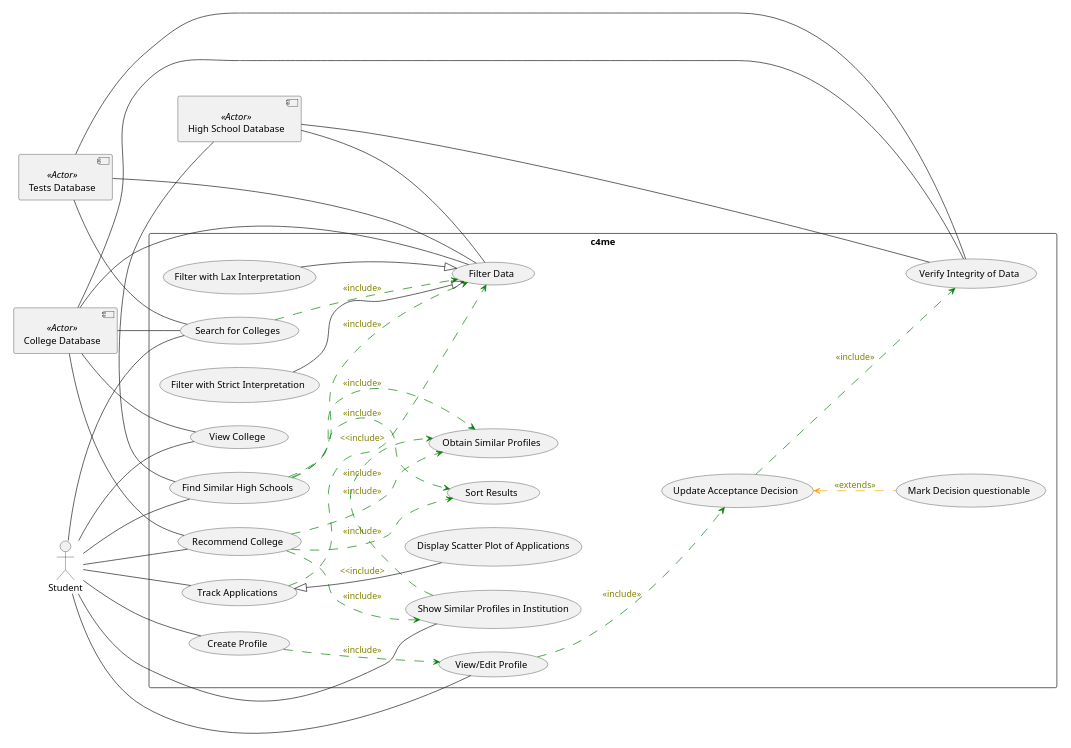
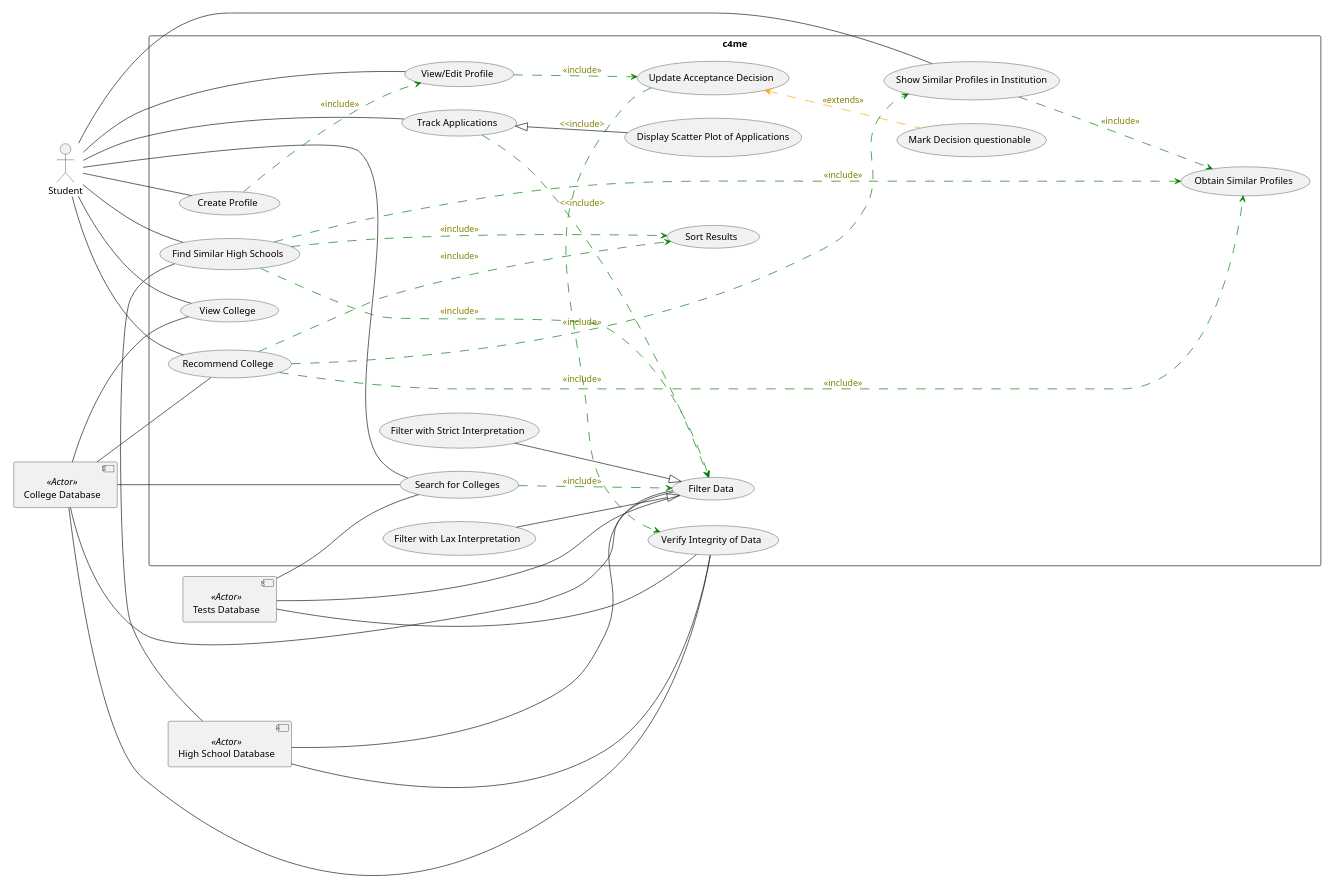
One commit to Omarfos/CSE416 changed the diagram in design/c4me.wsd. Above: the diagram before and after it, drawn with PlantUML. The commit also changed 51 other files, not shown here.

```diff
--- a/design/c4me.wsd
+++ b/design/c4me.wsd
@@ -1,129 +1,129 @@
 @startuml
 scale 0.5
 left to right direction
 
 ' Actors
 actor Student
 ' actor Admin
 ' Not sure about these external actors, I think they're going to be internal
 component "Tests Database" <<Actor>> as tdb
 component "High School Database" <<Actor>> as hsdb
 component "College Database" <<Actor>> as cdb
 
 
 skinparam ArrowFontColor Olive
 
 rectangle c4me {
     ' Use cases for Student
     (Create Profile) as UC1
     (View/Edit Profile) as UC2
     (Update Acceptance Decision) as UC3
     (Verify Integrity of Data) as UC4
     (Filter Data) as UC5
     (Filter with Strict Interpretation) as UC6
     (Filter with Lax Interpretation) as UC7
     (Sort Results) as UC8
     (View College) as UC9
     (Search for Colleges) as UC10
     (Recommend College) as UC11
     (Show Similar Profiles in Institution) as UC12
     (Obtain Similar Profiles) as UC13
     (Find Similar High Schools) as UC14
     (Track Applications) as UC15
     (Display Scatter Plot of Applications) as UC16
     (Mark Decision questionable) as UC17
 
     ' Student Relationships
     Student -- UC1
     Student -- UC2
     Student -- UC9
     Student -- UC10
     Student -- UC11
     Student -- UC12
     Student -- UC14
     Student -- UC15
 
      'Generalizations 
     UC1 .[#green].> UC2 : <<include>>
     UC2 .[#green].> UC3 : <<include>>
     ' UC2 ..[#green]> UC4 : <<include>>
     UC3 <.[#Orange]. UC17 : <<extends>>
     UC10 .[#green].> UC5 : <<include>>
-    UC3 .[#green].> UC4 : <<include>>
+    UC3 .[#green]> UC4 : <<include>>
     ' UC10 ..[#green]> UC8 : <<include>>
-    UC11 ..[#green]> UC12 : <<include>>
-    UC11 .[#green]> UC13 : <<include>>
-    UC11 ..[#green]> UC8 : <<include>>
-    UC12    .[#green]> UC13 : <<include>>
-    UC14 ..[#green]> UC13 : <<include>>
-    UC14 ..[#green]> UC5 : <<include>>
-    UC14 ..[#green]> UC8 : <<include>>
+    UC11 ....[#green]> UC12 : <<include>>
+    UC11 ...[#green]> UC13 : <<include>>
+    UC11 ...[#green]> UC8 : <<include>>
+    UC12 ...[#green]> UC13 : <<include>>
+    UC14 ...[#green]> UC13 : <<include>>
+    UC14 ...[#green]> UC5 : <<include>>
+    UC14 ...[#green]> UC8 : <<include>>
     UC15 <|-- UC16 : <<include>
     UC15 ..[#green]> UC5 : <<include>
 
     
     UC6 --|> UC5 
     UC7 --|> UC5
     
     cdb  -- UC4
     tdb  -- UC4
     hsdb -- UC4
     cdb  -- UC5
     tdb  -- UC5
     tdb -- UC10
     hsdb -- UC5
 
     cdb -- UC9
     cdb -- UC11
     cdb -- UC10
 
     hsdb - UC14
 
 
 
 
     ' Use cases for Admin
     ' (Scrape college rankings) as UCA1
     ' (Import College Scorecard data file) as UCA2
     ' (Scrape CollegeData.com) as UCA3
     ' (Delete all student profiles) as UCA4
     ' (Import student profile dataset) as UCA5
     ' (Review questionable acceptance decisions) as UCA6
     
 
     ' Use cases for database
     ' UCD2 --|> UCD1
     ' UCD3 --|> UCD1
 
 
     ' ' Misc Use Cases
     ' (Authenticate) as Auth
     ' UC2 .> Auth : <<include>>
     ' UC3 .> Auth : <<include>>
     ' UC4 .> Auth : <<include>>
     ' UC5 .> Auth : <<include>>
     ' UC6 .> Auth : <<include>>
     ' UC7 .> Auth : <<include>>
     ' UC8 .> Auth : <<include>>
     ' UC9 .> Auth : <<include>>
 
 
 
 
     'Admin Relationships
     ' Admin -- UCA1
     ' Admin -- UCA2
     ' Admin -- UCA3
     ' Admin -- UCA4
     ' Admin -- UCA5
     ' Admin -- UCA6
 
     'Database Relationships 
     ' db -- UC1
     ' db -- UC2
     ' db -- UCD1
     ' db -- UCD2
     ' db -- UCD3
 }
 
 @enduml
```
